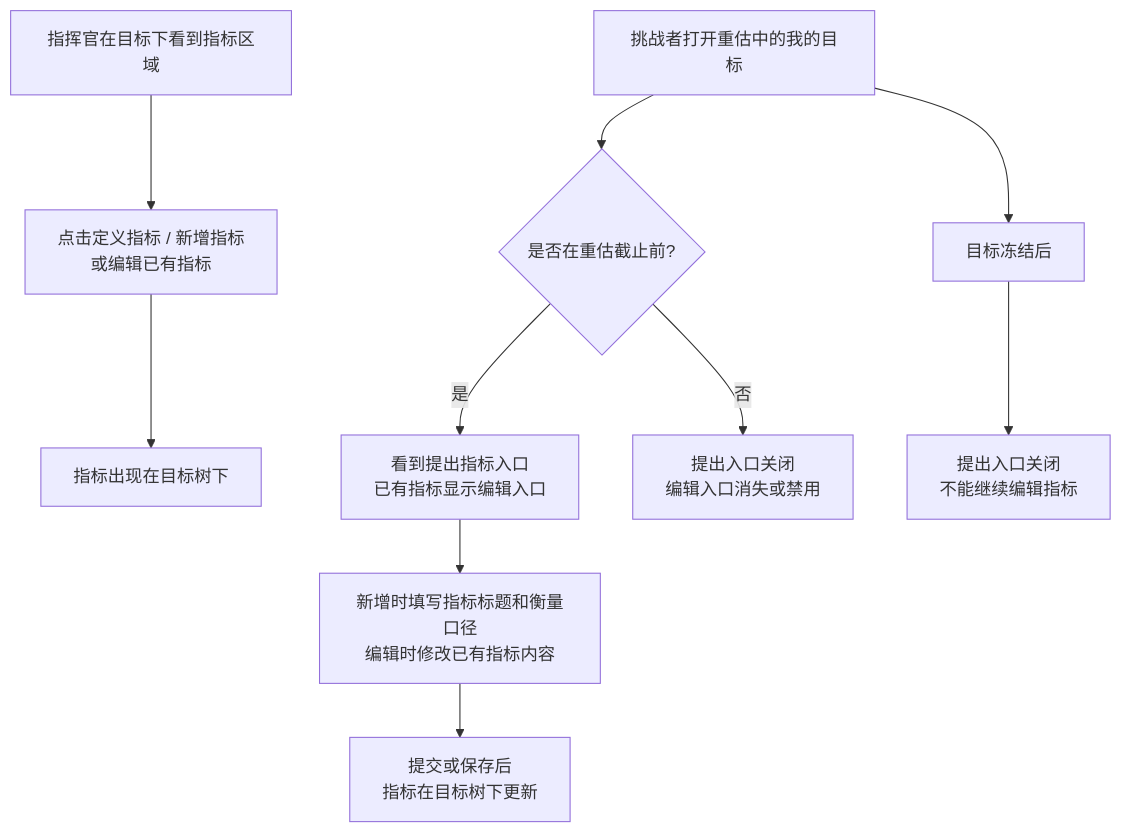
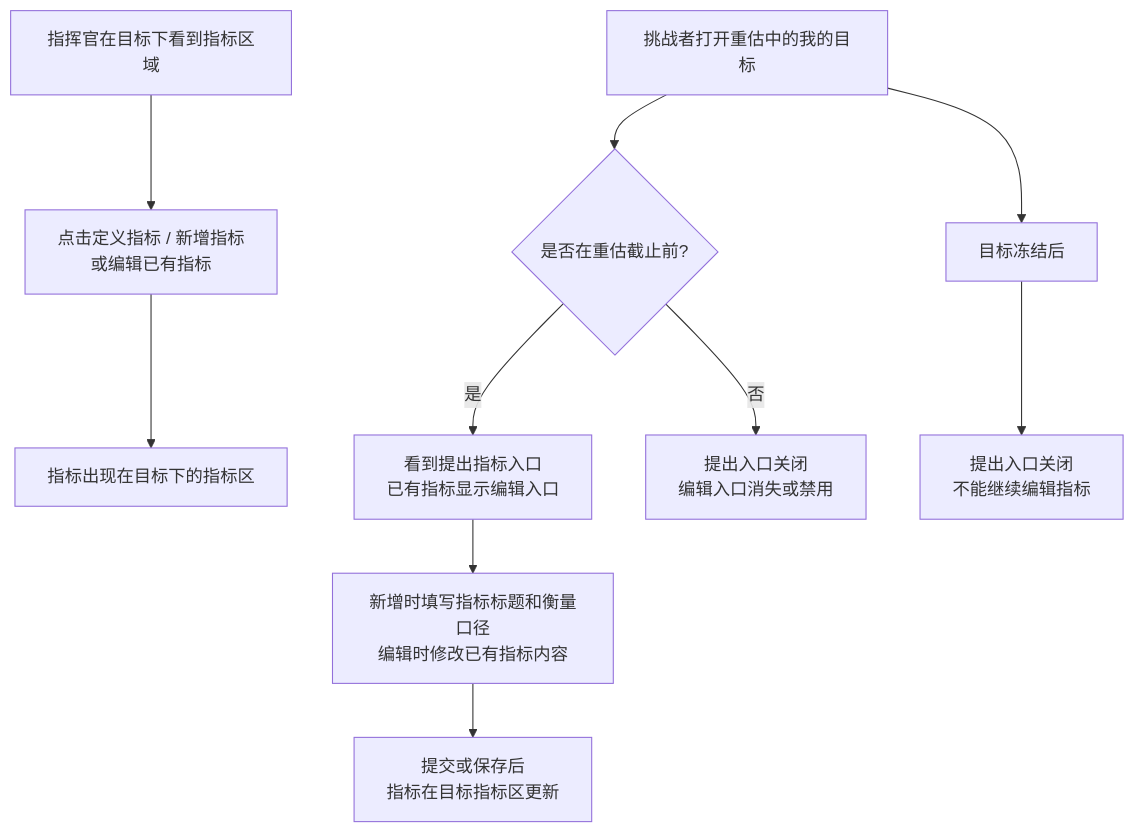
One commit to xueyu888/ORF changed the fifth of 7 diagrams in docs/frontend/ORF 前端流程测试.md. Above: the diagram before and after it, drawn with Mermaid. The commit also changed other lines of this file and 8 other files, not shown here.

````diff
--- a/docs/frontend/ORF 前端流程测试.md
+++ b/docs/frontend/ORF 前端流程测试.md
@@ -205,12 +206,12 @@
 ```mermaid
 flowchart TD
   A1[指挥官在目标下看到指标区域] --> A2[点击定义指标 / 新增指标<br/>或编辑已有指标]
-  A2 --> A3[指标出现在目标树下]
+  A2 --> A3[指标出现在目标下的指标区]
   B1[挑战者打开重估中的我的目标] --> B2{是否在重估截止前?}
   B2 -->|是| B3[看到提出指标入口<br/>已有指标显示编辑入口]
   B3 --> B4[新增时填写指标标题和衡量口径<br/>编辑时修改已有指标内容]
-  B4 --> B5[提交或保存后<br/>指标在目标树下更新]
+  B4 --> B5[提交或保存后<br/>指标在目标指标区更新]
   B2 -->|否| C1[提出入口关闭<br/>编辑入口消失或禁用]
   B1 --> D1[目标冻结后]
   D1 --> D2[提出入口关闭<br/>不能继续编辑指标]
 ```
````
